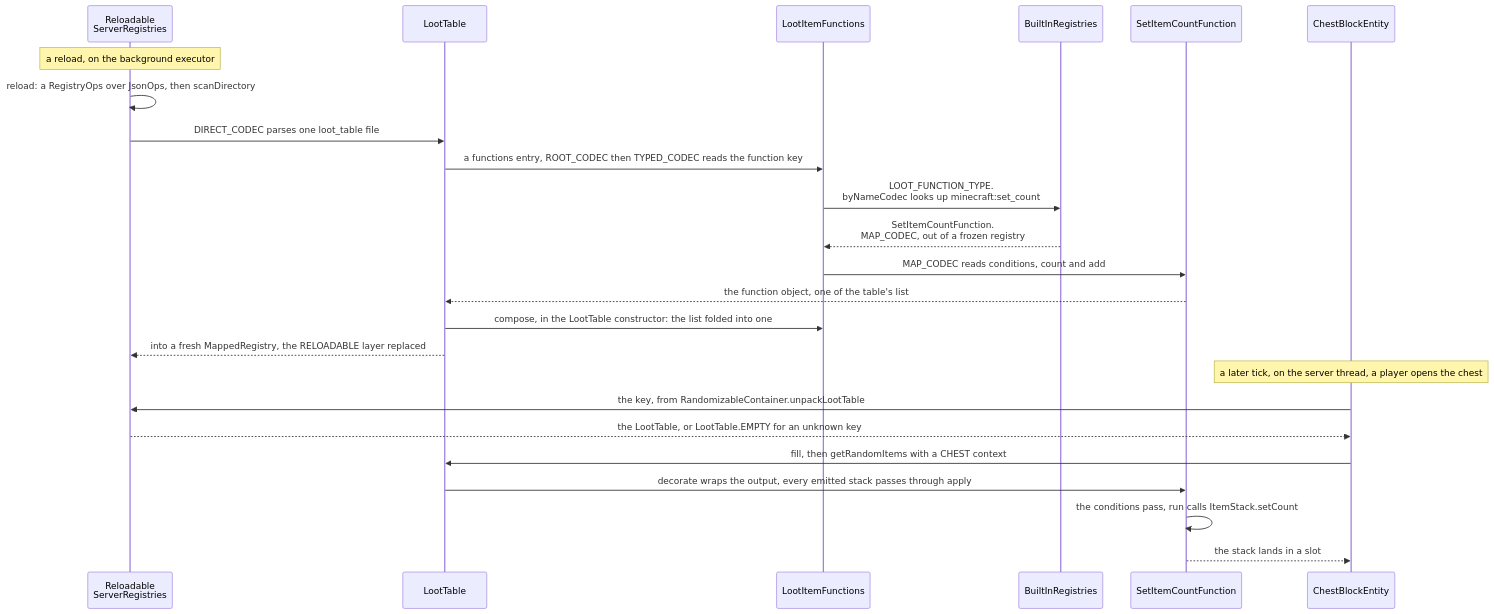
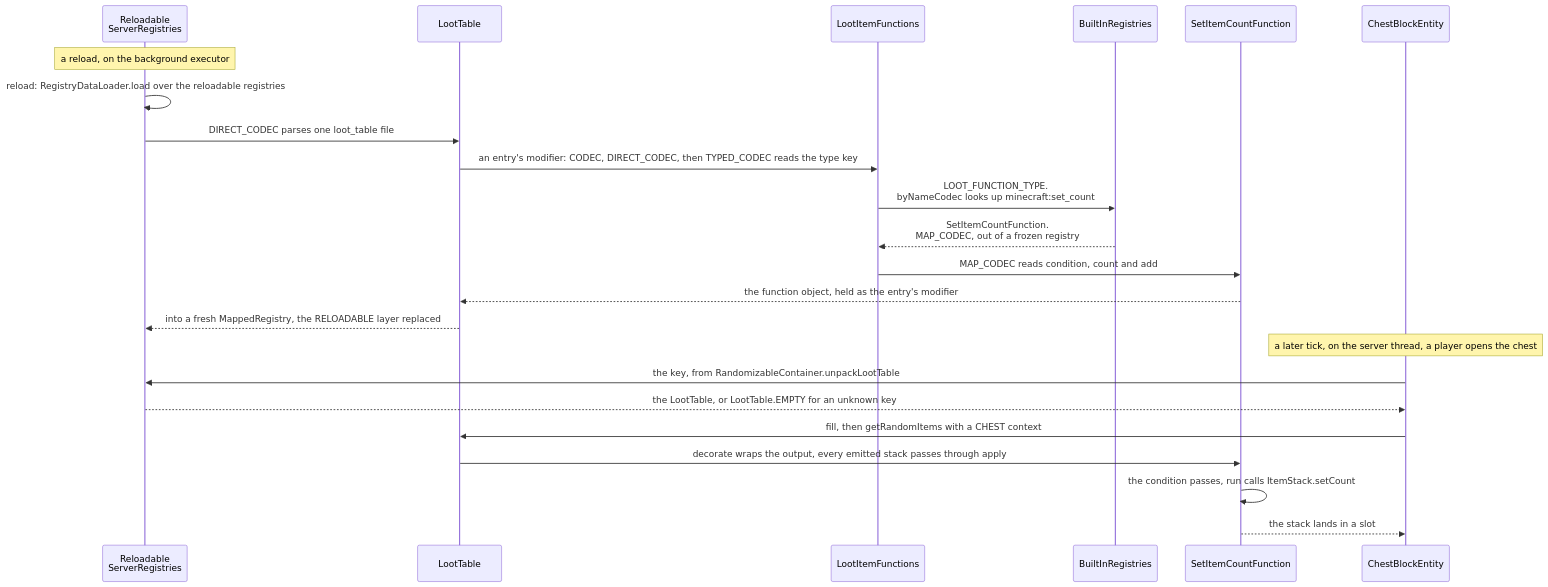
One commit to AlexanderjFraser/MinecraftDocs changed the second of 2 diagrams in src/systems/foundations/data-driven-types.md. Above: the diagram before and after it, drawn with Mermaid. The commit also changed other lines of this file and 68 other files, not shown here.

````diff
--- a/src/systems/foundations/data-driven-types.md
+++ b/src/systems/foundations/data-driven-types.md
@@ -218,27 +213,26 @@
 ```mermaid
 sequenceDiagram
     participant RSReg as Reloadable<br/>ServerRegistries
     participant LT as LootTable
     participant LIF as LootItemFunctions
     participant BIR as BuiltInRegistries
     participant SICF as SetItemCountFunction
     participant CBE as ChestBlockEntity
 
     Note over RSReg: a reload, on the background executor
-    RSReg->>RSReg: reload: a RegistryOps over JsonOps, then scanDirectory
+    RSReg->>RSReg: reload: RegistryDataLoader.load over the reloadable registries
     RSReg->>LT: DIRECT_CODEC parses one loot_table file
-    LT->>LIF: a functions entry, ROOT_CODEC then TYPED_CODEC reads the function key
+    LT->>LIF: an entry's modifier: CODEC, DIRECT_CODEC, then TYPED_CODEC reads the type key
     LIF->>BIR: LOOT_FUNCTION_TYPE.<br/>byNameCodec looks up minecraft:set_count
     BIR-->>LIF: SetItemCountFunction.<br/>MAP_CODEC, out of a frozen registry
-    LIF->>SICF: MAP_CODEC reads conditions, count and add
-    SICF-->>LT: the function object, one of the table's list
-    LT->>LIF: compose, in the LootTable constructor: the list folded into one
+    LIF->>SICF: MAP_CODEC reads condition, count and add
+    SICF-->>LT: the function object, held as the entry's modifier
     LT-->>RSReg: into a fresh MappedRegistry, the RELOADABLE layer replaced
     Note over CBE: a later tick, on the server thread, a player opens the chest
     CBE->>RSReg: the key, from RandomizableContainer.unpackLootTable
     RSReg-->>CBE: the LootTable, or LootTable.EMPTY for an unknown key
     CBE->>LT: fill, then getRandomItems with a CHEST context
     LT->>SICF: decorate wraps the output, every emitted stack passes through apply
-    SICF->>SICF: the conditions pass, run calls ItemStack.setCount
+    SICF->>SICF: the condition passes, run calls ItemStack.setCount
     SICF-->>CBE: the stack lands in a slot
 ```
````
